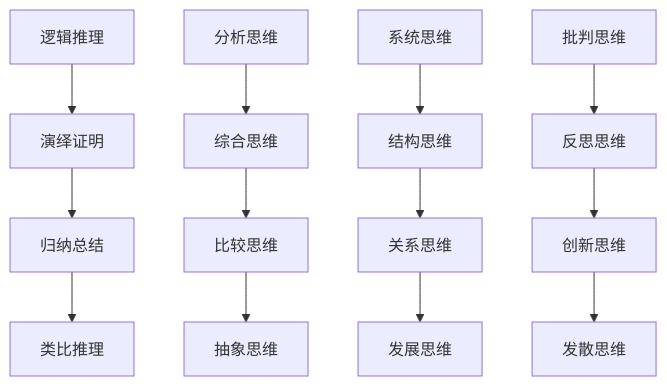
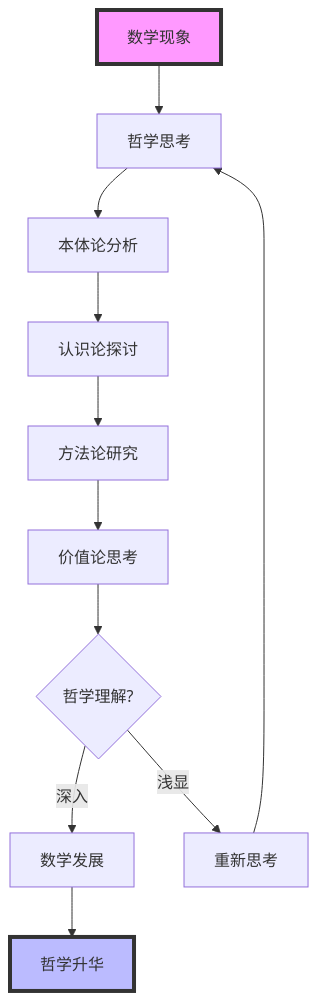
The tenth of 10 diagrams in mindmaps/flow-charts/数学思维流程图.md (AdaMartin18010/SeniorMath), drawn with Mermaid before and after one commit. The commit also changed other lines of this file and 36 other files, not shown here.

````diff
--- a/mindmaps/flow-charts/数学思维流程图.md
+++ b/mindmaps/flow-charts/数学思维流程图.md
@@ -338,18 +307,18 @@
 ```mermaid
 graph TD
-    E1[逻辑推理] --> E2[演绎证明]
-    E2 --> E3[归纳总结]
-    E3 --> E4[类比推理]
+    A[数学现象] --> B[哲学思考]
+    B --> C[本体论分析]
+    C --> D[认识论探讨]
+    D --> E[方法论研究]
+    E --> F[价值论思考]
     
-    F1[分析思维] --> F2[综合思维]
-    F2 --> F3[比较思维]
-    F3 --> F4[抽象思维]
+    F --> G{哲学理解?}
+    G -->|深入| H[数学发展]
+    G -->|浅显| I[重新思考]
     
-    G1[系统思维] --> G2[结构思维]
-    G2 --> G3[关系思维]
-    G3 --> G4[发展思维]
+    I --> B
+    H --> J[哲学升华]
     
-    H1[批判思维] --> H2[反思思维]
-    H2 --> H3[创新思维]
-    H3 --> H4[发散思维]
+    style A fill:#f9f,stroke:#333,stroke-width:4px
+    style J fill:#bbf,stroke:#333,stroke-width:4px
 ```
````
